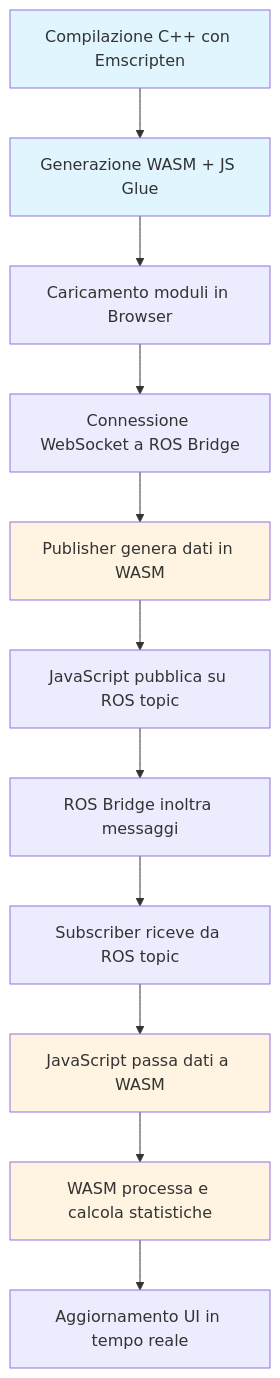
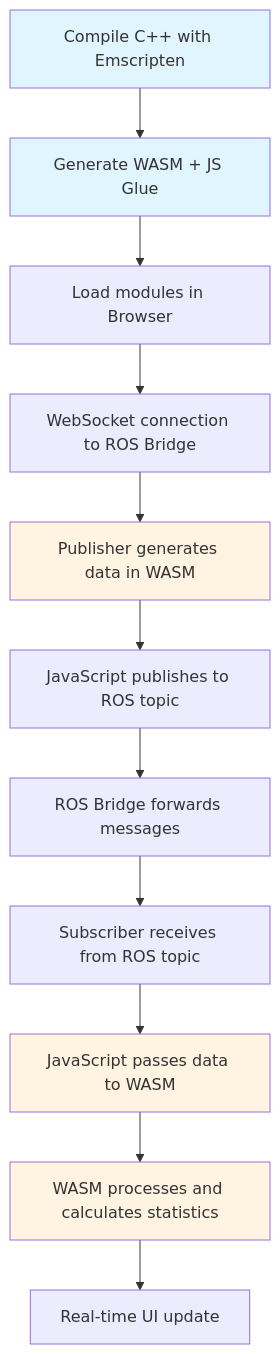
The third of 4 diagrams in README.md (lucadagati/ros_wasm_example), drawn with Mermaid before and after one commit. The commit also changed other lines of this file and 8 other files, not shown here.

First line of the commit message:
Add WASM modules, UML diagrams, and updated PPTX

````diff
--- a/README.md
+++ b/README.md
@@ -287,19 +289,19 @@
 ```mermaid
 flowchart TD
-    A[Compilazione C++ con Emscripten] --> B[Generazione WASM + JS Glue]
-    B --> C[Caricamento moduli in Browser]
-    C --> D[Connessione WebSocket a ROS Bridge]
-    D --> E[Publisher genera dati in WASM]
-    E --> F[JavaScript pubblica su ROS topic]
-    F --> G[ROS Bridge inoltra messaggi]
-    G --> H[Subscriber riceve da ROS topic]
-    H --> I[JavaScript passa dati a WASM]
-    I --> J[WASM processa e calcola statistiche]
-    J --> K[Aggiornamento UI in tempo reale]
+    A[Compile C++ with Emscripten] --> B[Generate WASM + JS Glue]
+    B --> C[Load modules in Browser]
+    C --> D[WebSocket connection to ROS Bridge]
+    D --> E[Publisher generates data in WASM]
+    E --> F[JavaScript publishes to ROS topic]
+    F --> G[ROS Bridge forwards messages]
+    G --> H[Subscriber receives from ROS topic]
+    H --> I[JavaScript passes data to WASM]
+    I --> J[WASM processes and calculates statistics]
+    J --> K[Real-time UI update]
     
     style A fill:#e1f5ff
     style B fill:#e1f5ff
     style E fill:#fff4e1
     style I fill:#fff4e1
     style J fill:#fff4e1
 ```
````
